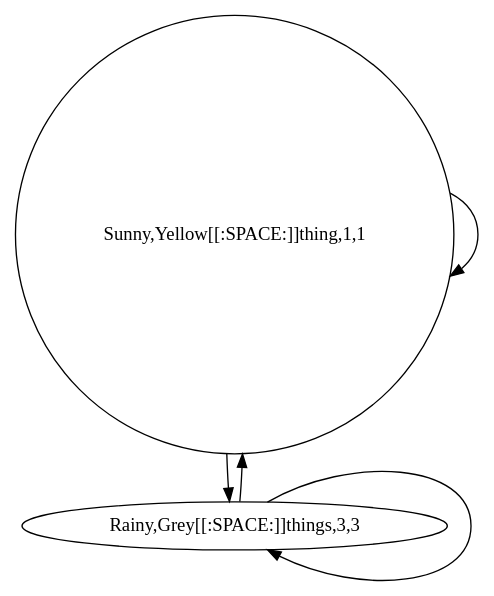
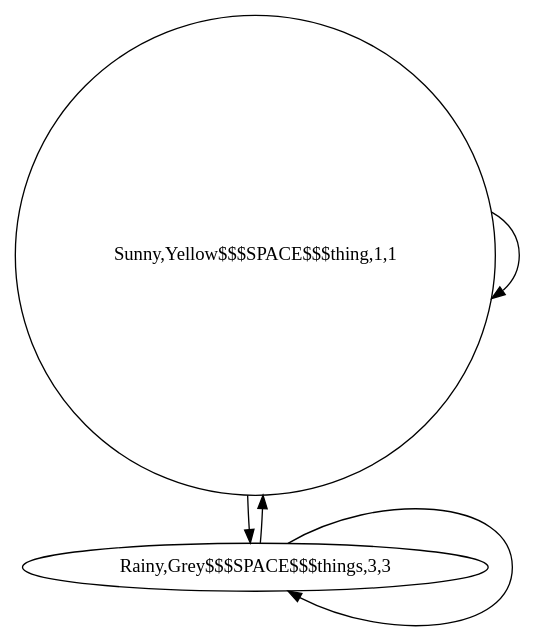
One commit to richelbilderbeek/boost_graph_cookbook_1 changed the diagram in BoostGraphTutorial/create_custom_and_selectable_vertices_markov_chain.dot. Above: the diagram before and after it, drawn with Graphviz. The commit also changed 36 other files, not shown here.

Commit message:
Can save/load nasty graphs with bundled vertices

```diff
--- a/BoostGraphTutorial/create_custom_and_selectable_vertices_markov_chain.dot
+++ b/BoostGraphTutorial/create_custom_and_selectable_vertices_markov_chain.dot
@@ -1,8 +1,8 @@
 digraph G {
-0[label="Sunny,Yellow[[:SPACE:]]thing,1,1", regular="1"];
-1[label="Rainy,Grey[[:SPACE:]]things,3,3", regular="0"];
+0[label="Sunny,Yellow$$$SPACE$$$thing,1,1", regular="1"];
+1[label="Rainy,Grey$$$SPACE$$$things,3,3", regular="0"];
 0->0 ;
 0->1 ;
 1->0 ;
 1->1 ;
 }
```
